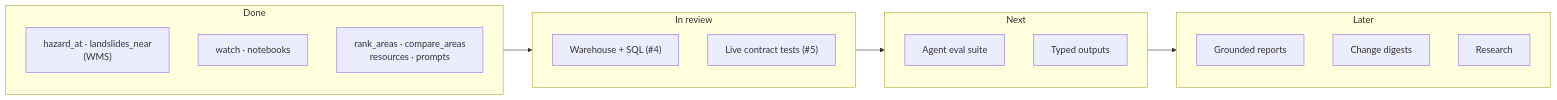
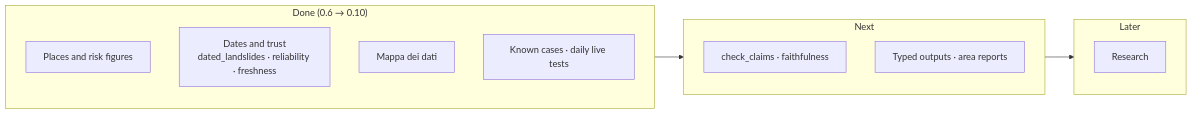
The diagram in docs/roadmap.md (agent-engineering-studio/ispra-idrogeo), drawn with Mermaid before and after one commit. The commit also changed other lines of this file and 10 other files, not shown here.

First line of the commit message:
docs: README in plain words with schemes and charts; site home and roadmap at 0.10.0

````diff
--- a/docs/roadmap.md
+++ b/docs/roadmap.md
@@ -45,26 +47,20 @@
 ```mermaid
 flowchart LR
-    subgraph D["Done"]
+    subgraph D["Done (0.6 → 0.10)"]
         direction TB
-        P["hazard_at · landslides_near<br/>(WMS)"]
-        W0["watch · notebooks"]
-        RK["rank_areas · compare_areas<br/>resources · prompts"]
-    end
-    subgraph R["In review"]
-        direction TB
-        WH["Warehouse + SQL (#4)"]
-        C["Live contract tests (#5)"]
+        P["Places and risk figures"]
+        T["Dates and trust<br/>dated_landslides · reliability · freshness"]
+        M["Mappa dei dati"]
+        Q["Known cases · daily live tests"]
     end
     subgraph N["Next"]
         direction TB
-        E["Agent eval suite"]
-        T["Typed outputs"]
+        C["check_claims · faithfulness"]
+        Y["Typed outputs · area reports"]
     end
     subgraph L["Later"]
         direction TB
-        RP["Grounded reports"]
-        DG["Change digests"]
         S["Research"]
     end
-    D --> R --> N --> L
+    D --> N --> L
 ```
````
